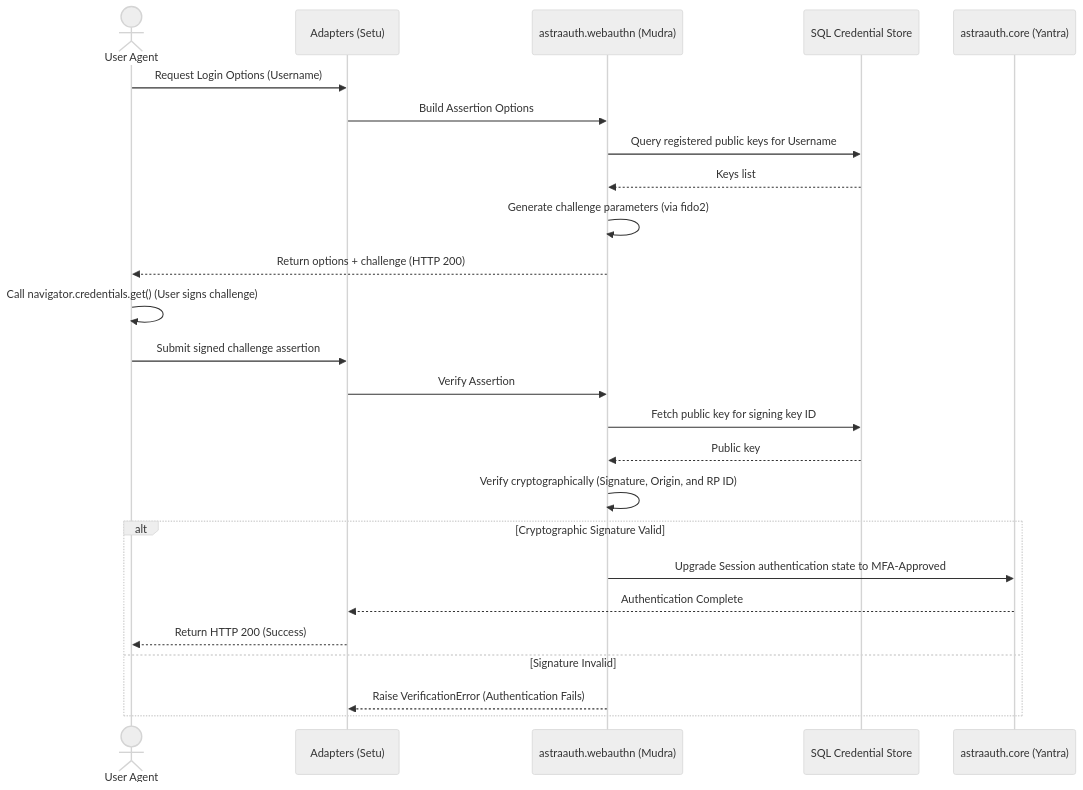
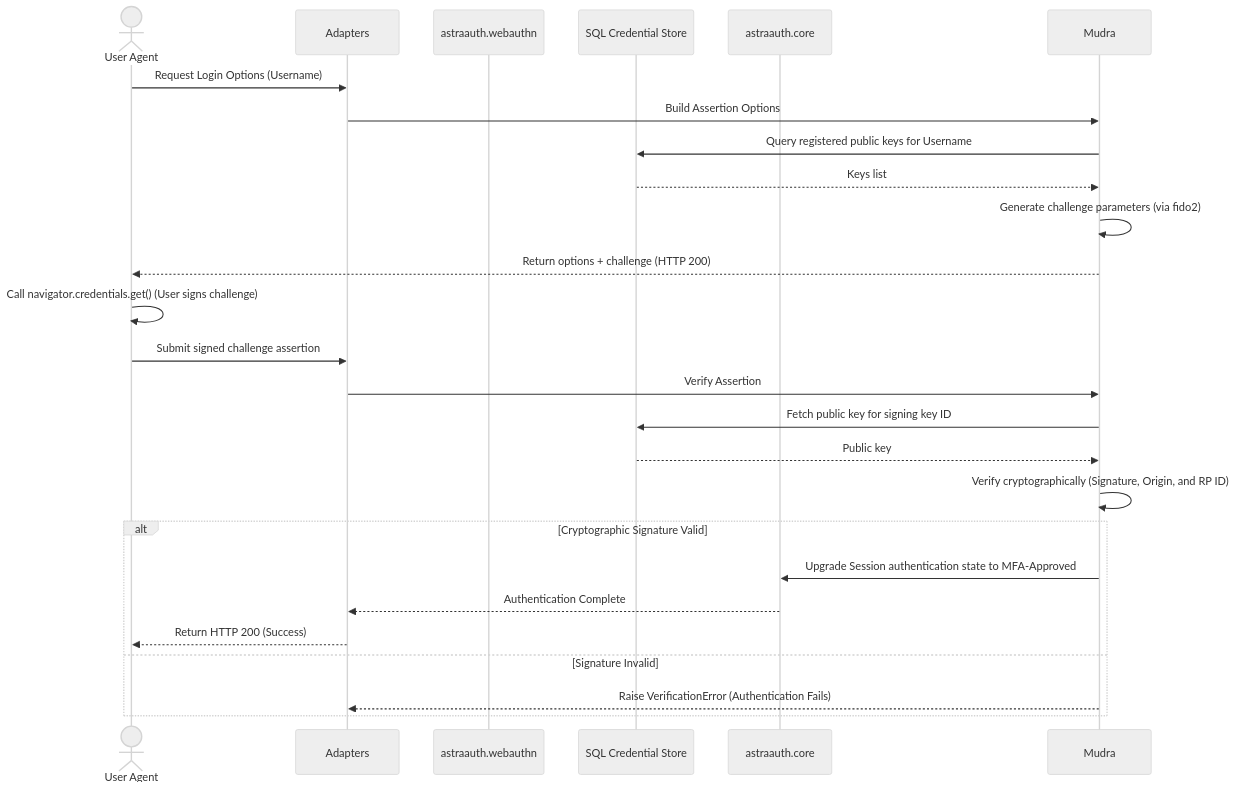
Diagram 12 of 17 in docs/about/package_detailed_references.md (groverankur/Astra), drawn with Mermaid (neutral theme) before and after one commit. The commit also changed other lines of this file and 59 other files, not shown here.

````diff
--- a/docs/about/package_detailed_references.md
+++ b/docs/about/package_detailed_references.md
@@ -280,30 +280,30 @@
 ```mermaid
 sequenceDiagram
     actor User as User Agent
-    participant Adapter as Adapters (Setu)
-    participant Mudra as astraauth.webauthn (Mudra)
+    participant Adapter as Adapters
+    participant WebAuthn as astraauth.webauthn
     participant DB as SQL Credential Store
-    participant Core as astraauth.core (Yantra)
+    participant Core as astraauth.core
 
     User->>Adapter: Request Login Options (Username)
     Adapter->>Mudra: Build Assertion Options
     Mudra->>DB: Query registered public keys for Username
     DB-->>Mudra: Keys list
     Mudra->>Mudra: Generate challenge parameters (via fido2)
     Mudra-->>User: Return options + challenge (HTTP 200)
     
     User->>User: Call navigator.credentials.get() (User signs challenge)
     User->>Adapter: Submit signed challenge assertion
     Adapter->>Mudra: Verify Assertion
     Mudra->>DB: Fetch public key for signing key ID
     DB-->>Mudra: Public key
     Mudra->>Mudra: Verify cryptographically (Signature, Origin, and RP ID)
     
     alt Cryptographic Signature Valid
         Mudra->>Core: Upgrade Session authentication state to MFA-Approved
         Core-->>Adapter: Authentication Complete
         Adapter-->>User: Return HTTP 200 (Success)
     else Signature Invalid
         Mudra-->>Adapter: Raise VerificationError (Authentication Fails)
     end
 ```
````
